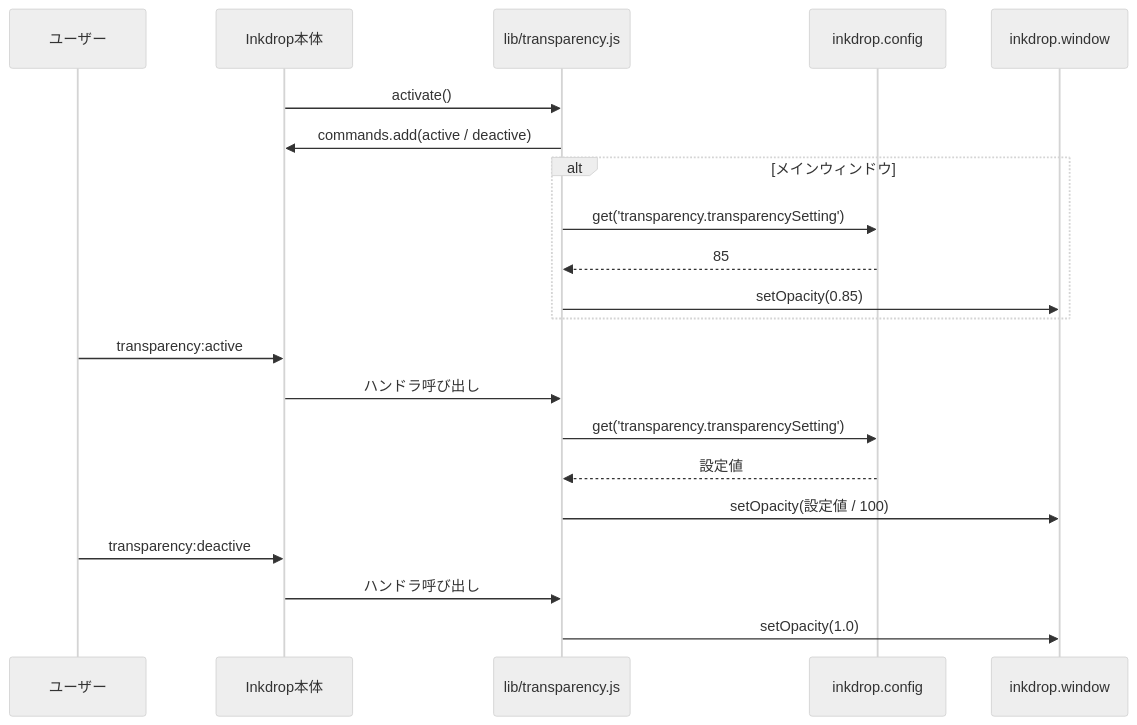
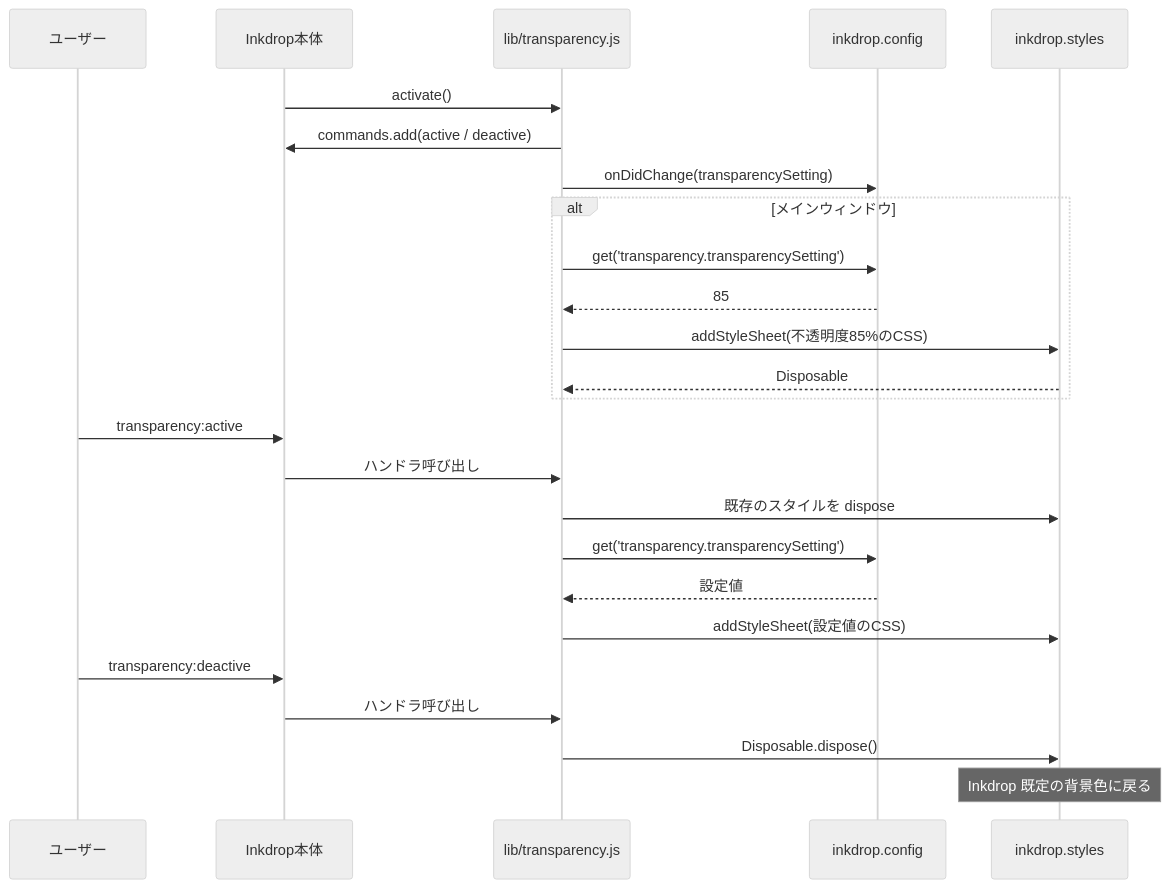
The second of 2 diagrams in docs/design/architecture.md (ban367/inkdrop-transparency), drawn with Mermaid (neutral theme) before and after one commit. The commit also changed other lines of this file and 11 other files, not shown here.

First line of the commit message:
feat!: rework transparency for Inkdrop 6

````diff
--- a/docs/design/architecture.md
+++ b/docs/design/architecture.md
@@ -25,26 +27,30 @@
 ```mermaid
 sequenceDiagram
     participant User as ユーザー
     participant Inkdrop as Inkdrop本体
     participant Plugin as lib/transparency.js
     participant Config as inkdrop.config
-    participant Window as inkdrop.window
+    participant Styles as inkdrop.styles
 
     Inkdrop->>Plugin: activate()
     Plugin->>Inkdrop: commands.add(active / deactive)
+    Plugin->>Config: onDidChange(transparencySetting)
     alt メインウィンドウ
         Plugin->>Config: get('transparency.transparencySetting')
         Config-->>Plugin: 85
-        Plugin->>Window: setOpacity(0.85)
+        Plugin->>Styles: addStyleSheet(不透明度85%のCSS)
+        Styles-->>Plugin: Disposable
     end
 
     User->>Inkdrop: transparency:active
     Inkdrop->>Plugin: ハンドラ呼び出し
+    Plugin->>Styles: 既存のスタイルを dispose
     Plugin->>Config: get('transparency.transparencySetting')
     Config-->>Plugin: 設定値
-    Plugin->>Window: setOpacity(設定値 / 100)
+    Plugin->>Styles: addStyleSheet(設定値のCSS)
 
     User->>Inkdrop: transparency:deactive
     Inkdrop->>Plugin: ハンドラ呼び出し
-    Plugin->>Window: setOpacity(1.0)
+    Plugin->>Styles: Disposable.dispose()
+    Note over Styles: Inkdrop 既定の背景色に戻る
 ```
````
